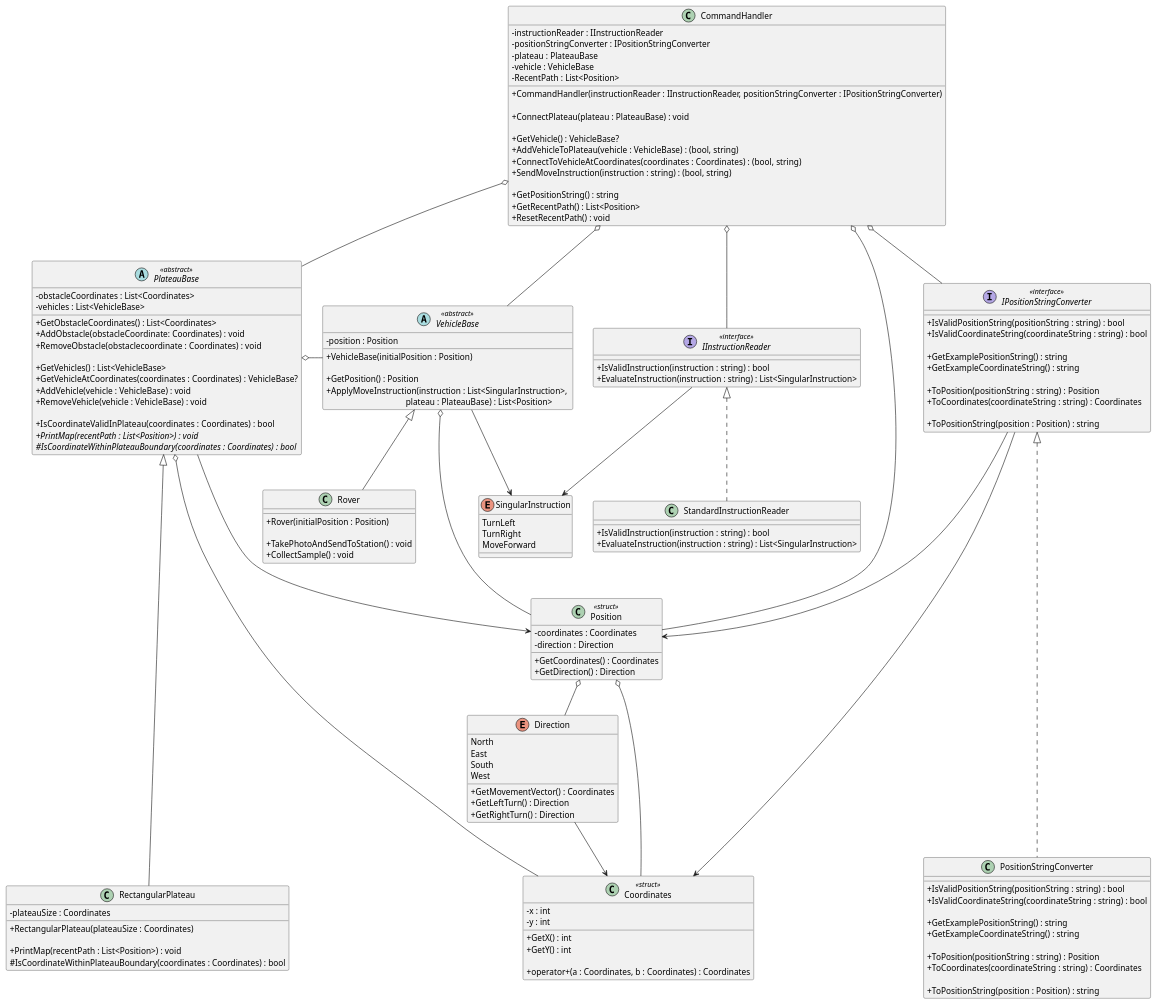
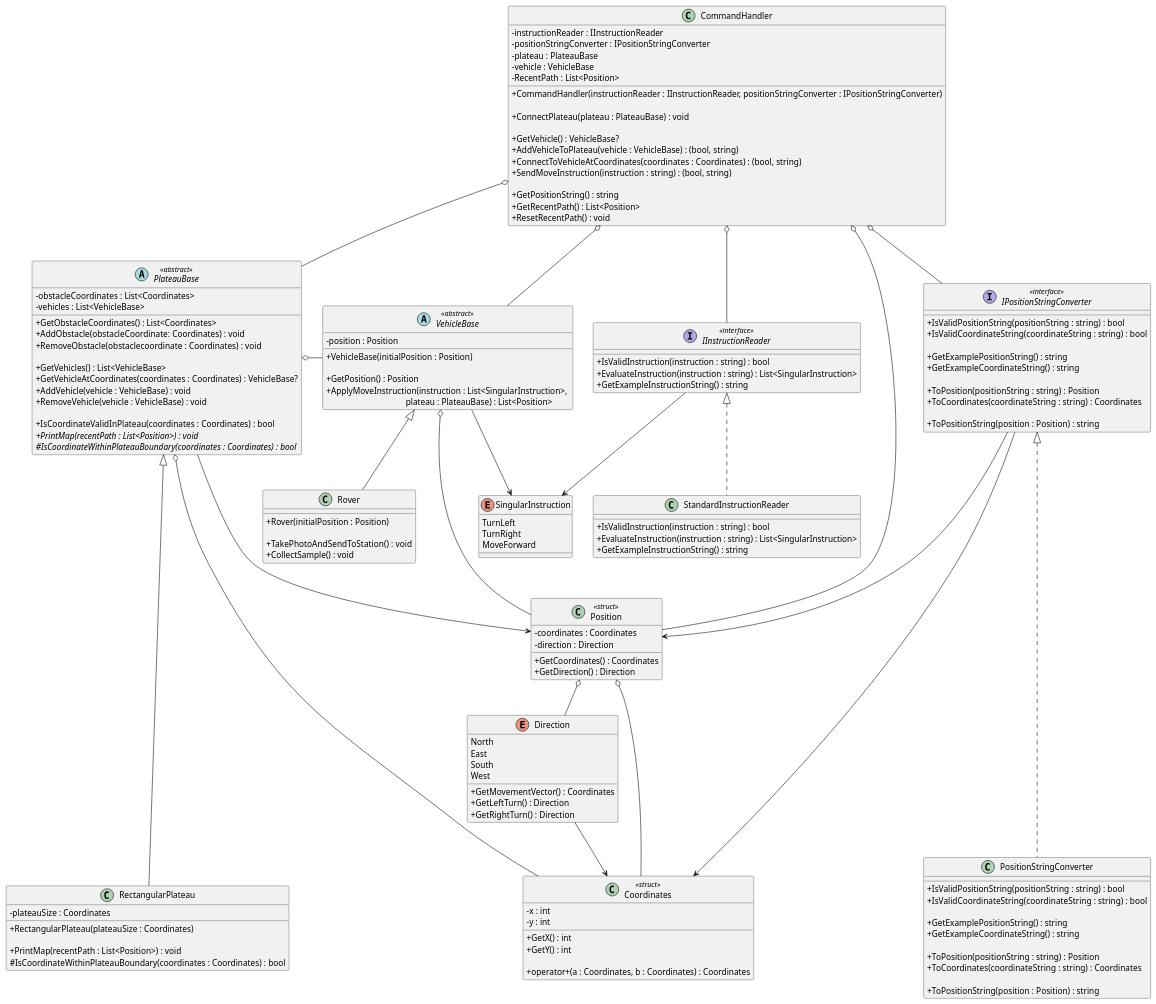
One commit to iamfranco/MarsRoverChallenge changed the diagram in diagrams/MarsRoverChallenge.puml. Above: the diagram before and after it, drawn with PlantUML. The commit also changed 1 other file, not shown here.

Commit message:
UML: add GetExampleInstructionString to IInstructionReader

```diff
--- a/diagrams/MarsRoverChallenge.puml
+++ b/diagrams/MarsRoverChallenge.puml
@@ -1,180 +1,182 @@
 @startuml "Mars Rover Challenge"
 skinparam classAttributeIconSize 0
 
 class CommandHandler
 {
   - instructionReader : IInstructionReader
   - positionStringConverter : IPositionStringConverter
   - plateau : PlateauBase
   - vehicle : VehicleBase
   - RecentPath : List<Position>
 
   + CommandHandler(instructionReader : IInstructionReader, positionStringConverter : IPositionStringConverter)
   
   + ConnectPlateau(plateau : PlateauBase) : void
 
   + GetVehicle() : VehicleBase?
   + AddVehicleToPlateau(vehicle : VehicleBase) : (bool, string)
   + ConnectToVehicleAtCoordinates(coordinates : Coordinates) : (bool, string)
   + SendMoveInstruction(instruction : string) : (bool, string)
 
   + GetPositionString() : string
   + GetRecentPath() : List<Position>
   + ResetRecentPath() : void
 }
 
 interface IInstructionReader <<interface>>
 {
   + IsValidInstruction(instruction : string) : bool
   + EvaluateInstruction(instruction : string) : List<SingularInstruction>
+  + GetExampleInstructionString() : string
 }
 
 enum SingularInstruction
 {
   TurnLeft
   TurnRight
   MoveForward
 }
 
 class StandardInstructionReader
 {
   + IsValidInstruction(instruction : string) : bool
   + EvaluateInstruction(instruction : string) : List<SingularInstruction>
+  + GetExampleInstructionString() : string
 }
 
 abstract PlateauBase <<abstract>>
 {
   - obstacleCoordinates : List<Coordinates>
   - vehicles : List<VehicleBase>
 
   + GetObstacleCoordinates() : List<Coordinates>
   + AddObstacle(obstacleCoordinate: Coordinates) : void
   + RemoveObstacle(obstaclecoordinate : Coordinates) : void
 
   + GetVehicles() : List<VehicleBase>
   + GetVehicleAtCoordinates(coordinates : Coordinates) : VehicleBase?
   + AddVehicle(vehicle : VehicleBase) : void
   + RemoveVehicle(vehicle : VehicleBase) : void
 
    + IsCoordinateValidInPlateau(coordinates : Coordinates) : bool
   {abstract} + PrintMap(recentPath : List<Position>) : void
   {abstract} # IsCoordinateWithinPlateauBoundary(coordinates : Coordinates) : bool
 }
 
 class RectangularPlateau
 {
   - plateauSize : Coordinates
 
   + RectangularPlateau(plateauSize : Coordinates)
 
   + PrintMap(recentPath : List<Position>) : void
   # IsCoordinateWithinPlateauBoundary(coordinates : Coordinates) : bool
 }
 
 class Coordinates <<struct>>
 {
   - x : int
   - y : int
 
   + GetX() : int
   + GetY() : int
 
   + operator+(a : Coordinates, b : Coordinates) : Coordinates
 }
 
 enum Direction
 {
   North
   East
   South
   West
 
   + GetMovementVector() : Coordinates
   + GetLeftTurn() : Direction
   + GetRightTurn() : Direction
 }
 
 interface IPositionStringConverter <<interface>>
 {
   + IsValidPositionString(positionString : string) : bool
   + IsValidCoordinateString(coordinateString : string) : bool
 
   + GetExamplePositionString() : string
   + GetExampleCoordinateString() : string
 
   + ToPosition(positionString : string) : Position
   + ToCoordinates(coordinateString : string) : Coordinates
 
   + ToPositionString(position : Position) : string
 }
 
 class Position <<struct>>
 {
   - coordinates : Coordinates
   - direction : Direction
 
   + GetCoordinates() : Coordinates
   + GetDirection() : Direction
 }
 
 class PositionStringConverter
 {
   + IsValidPositionString(positionString : string) : bool
   + IsValidCoordinateString(coordinateString : string) : bool
 
   + GetExamplePositionString() : string
   + GetExampleCoordinateString() : string
 
   + ToPosition(positionString : string) : Position
   + ToCoordinates(coordinateString : string) : Coordinates
 
   + ToPositionString(position : Position) : string
 }
 
 class Rover
 {
   + Rover(initialPosition : Position)
 
   + TakePhotoAndSendToStation() : void
   + CollectSample() : void
 }
 
 abstract VehicleBase <<abstract>>
 {
   - position : Position
 
   + VehicleBase(initialPosition : Position)
 
   + GetPosition() : Position
   + ApplyMoveInstruction(instruction : List<SingularInstruction>, \n\
                                      plateau : PlateauBase) : List<Position>
 }
 
 CommandHandler o-- IInstructionReader
 CommandHandler o-- IPositionStringConverter
 CommandHandler o-- PlateauBase
 CommandHandler o-- VehicleBase
 CommandHandler o---- Position
 
 IInstructionReader --> SingularInstruction
 IInstructionReader <|.. StandardInstructionReader 
 
 VehicleBase <|-- Rover
 VehicleBase --> SingularInstruction
 VehicleBase o--- Position
 
 IPositionStringConverter <|..... PositionStringConverter
 IPositionStringConverter ---> Position
 IPositionStringConverter ---> Coordinates
 
 PlateauBase <|----- RectangularPlateau
 PlateauBase --> Position
 PlateauBase o-- Coordinates
 PlateauBase o- VehicleBase
 
 Direction --> Coordinates 
 
 Position o-- Direction
 Position o-- Coordinates
 
 @enduml
```
